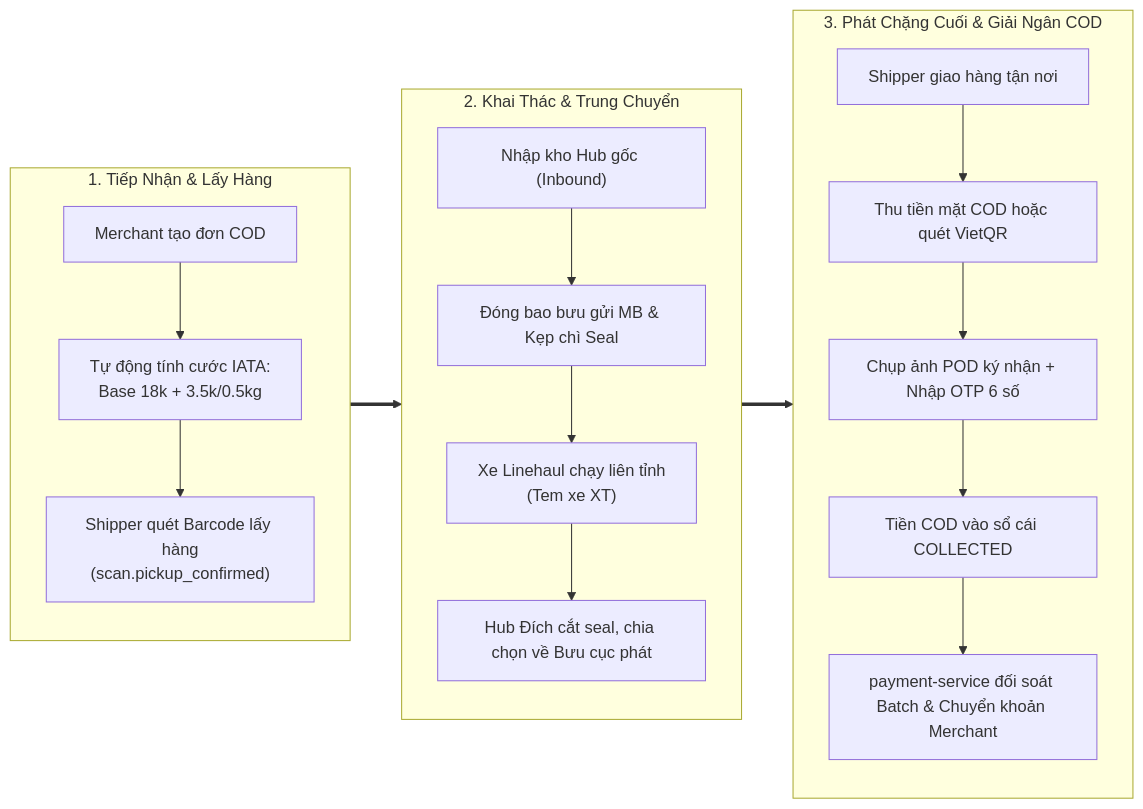
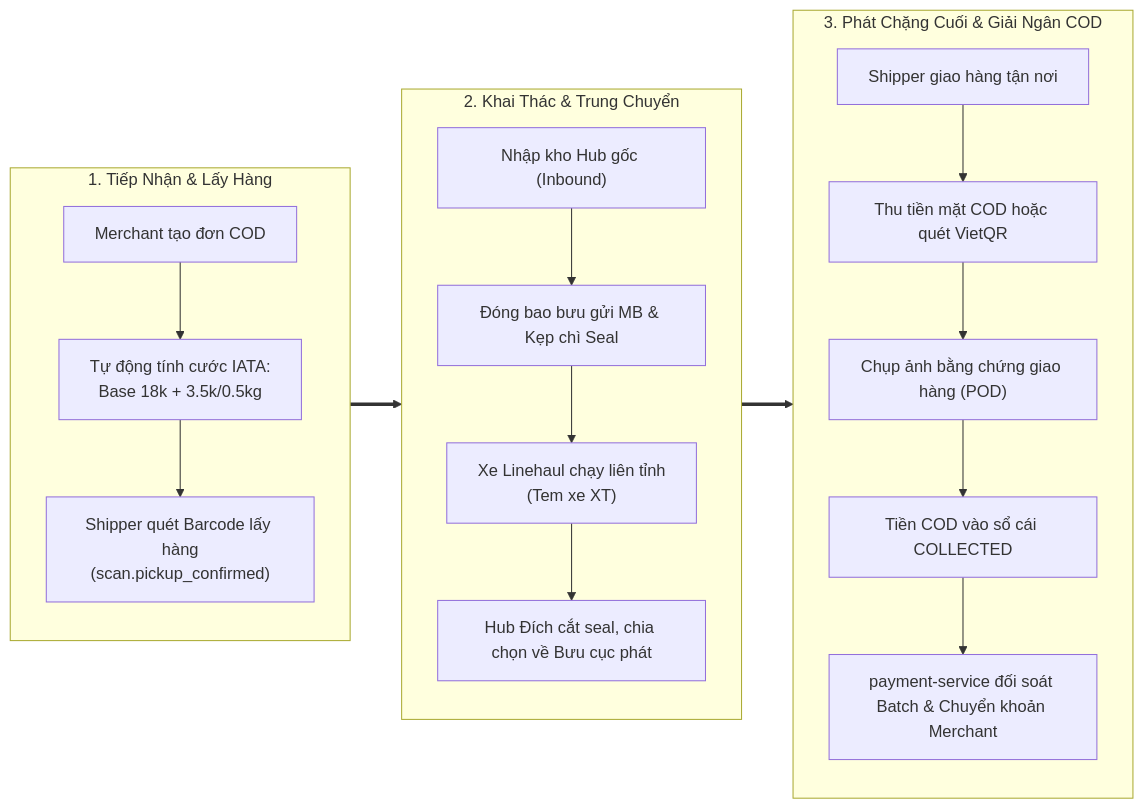
The third of 14 diagrams in README.md (VoVanTuTai/logistics-management-system), drawn with Mermaid before and after one commit. The commit also changed other lines of this file and 2 other files, not shown here.

Commit message:
docs: correct delivery flow to POD photo capture only, remove OTP references

````diff
--- a/README.md
+++ b/README.md
@@ -282,22 +282,22 @@
 ```mermaid
 flowchart LR
     subgraph S1 ["1. Tiếp Nhận & Lấy Hàng"]
         A1["Merchant tạo đơn COD"] --> A2["Tự động tính cước IATA:<br/>Base 18k + 3.5k/0.5kg"]
         A2 --> A3["Shipper quét Barcode lấy hàng<br/>(scan.pickup_confirmed)"]
     end
 
     subgraph S2 ["2. Khai Thác & Trung Chuyển"]
         B1["Nhập kho Hub gốc (Inbound)"] --> B2["Đóng bao bưu gửi MB & Kẹp chì Seal"]
         B2 --> B3["Xe Linehaul chạy liên tỉnh<br/>(Tem xe XT)"]
         B3 --> B4["Hub Đích cắt seal, chia chọn về Bưu cục phát"]
     end
 
     subgraph S3 ["3. Phát Chặng Cuối & Giải Ngân COD"]
         C1["Shipper giao hàng tận nơi"] --> C2["Thu tiền mặt COD hoặc quét VietQR"]
-        C2 --> C3["Chụp ảnh POD ký nhận + Nhập OTP 6 số"]
+        C2 --> C3["Chụp ảnh bằng chứng giao hàng (POD)"]
         C3 --> C4["Tiền COD vào sổ cái COLLECTED"]
         C4 --> C5["payment-service đối soát Batch & Chuyển khoản Merchant"]
     end
 
     S1 ==> S2 ==> S3
 ```
````
